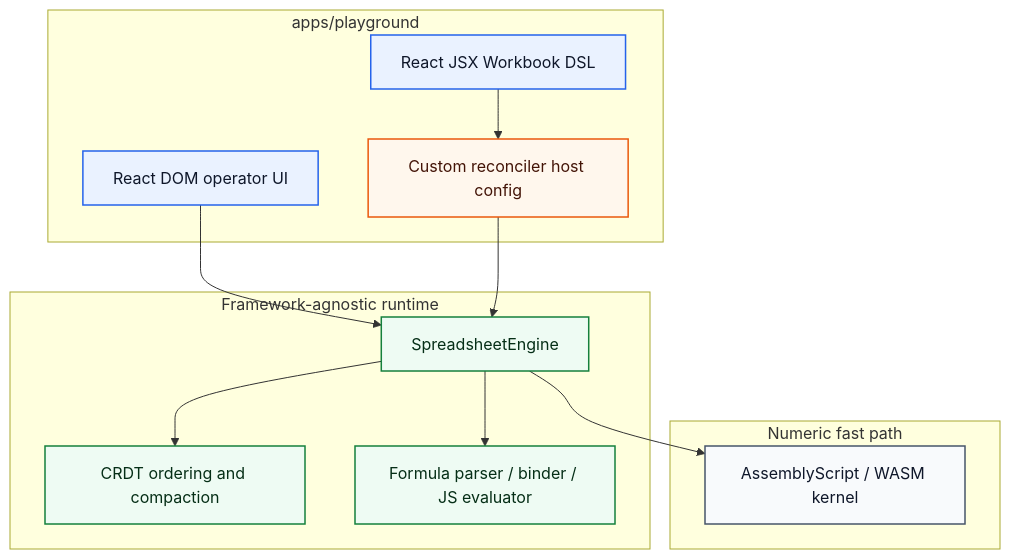
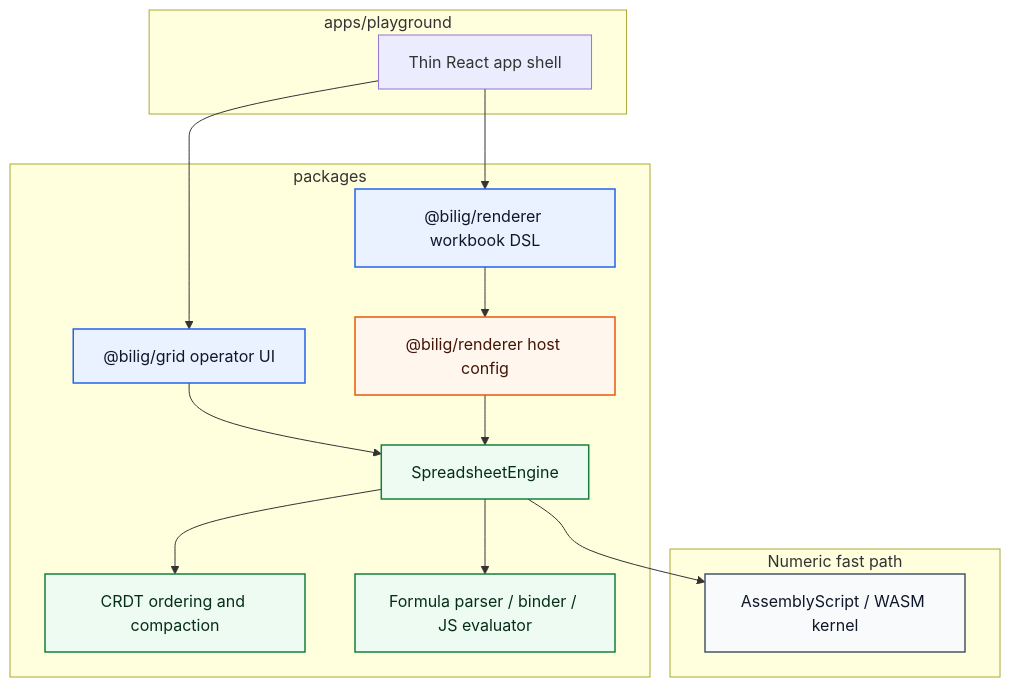
One commit to proompteng/bilig changed the first of 2 diagrams in docs/reconciler-layering.md. Above: the diagram before and after it, drawn with Mermaid. The commit also changed other lines of this file and 60 other files, not shown here.

Commit message:
Extract renderer and grid packages with coverage gates

````diff
--- a/docs/reconciler-layering.md
+++ b/docs/reconciler-layering.md
@@ -5,35 +5,38 @@
 ```mermaid
 flowchart TB
   classDef react fill:#eaf2ff,stroke:#2563eb,color:#0f172a,stroke-width:1.5px
   classDef adapter fill:#fff7ed,stroke:#ea580c,color:#431407,stroke-width:1.5px
   classDef core fill:#eefbf3,stroke:#15803d,color:#052e16,stroke-width:1.5px
   classDef wasm fill:#f8fafc,stroke:#475569,color:#0f172a,stroke-width:1.5px
 
   subgraph PG["apps/playground"]
-    JSX["React JSX Workbook DSL"]
-    REC["Custom reconciler host config"]
-    UI["React DOM operator UI"]
+    APP["Thin React app shell"]
   end
 
-  subgraph CORE["Framework-agnostic runtime"]
+  subgraph PKG["packages"]
+    JSX["@bilig/renderer workbook DSL"]
+    REC["@bilig/renderer host config"]
+    UI["@bilig/grid operator UI"]
     ENG["SpreadsheetEngine"]
     CRDT["CRDT ordering and compaction"]
     FORM["Formula parser / binder / JS evaluator"]
   end
 
   subgraph FAST["Numeric fast path"]
     WASM["AssemblyScript / WASM kernel"]
   end
 
+  APP --> JSX
+  APP --> UI
   JSX --> REC
   UI --> ENG
   REC --> ENG
   ENG --> CRDT
   ENG --> FORM
   ENG --> WASM
 
   class JSX,UI react
   class REC adapter
   class ENG,CRDT,FORM core
   class WASM wasm
 ```
````
